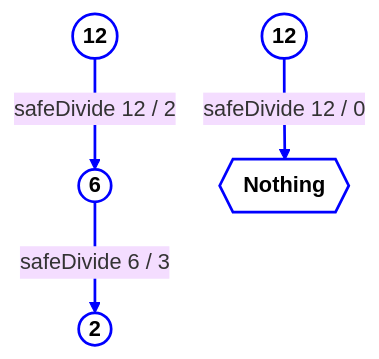
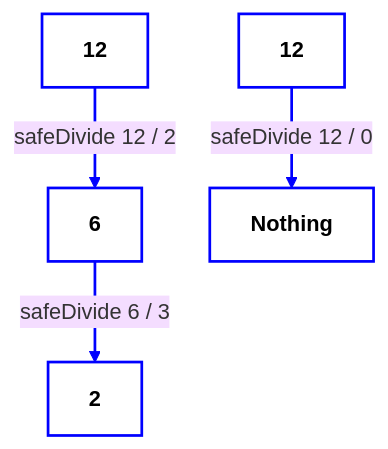
One commit to antomon/antomon.github.io changed the fourth of 10 diagrams in posts/category-theory-functional-programming/index.qmd. Above: the diagram before and after it, drawn with Mermaid (base theme). The commit also changed other lines of this file and 6 other files, not shown here.

````diff
--- a/posts/category-theory-functional-programming/index.qmd
+++ b/posts/category-theory-functional-programming/index.qmd
@@ -210,12 +210,12 @@
 ```{mermaid}
-%%| fig-cap: "This diagram illustrates monadic chaining with `safeDivide`, where two divisions are chained together using the `>>=` operator. When the computation is valid, it continues; otherwise, it returns `Nothing`"
 %%| fig-align: center
+%%| fig-cap: "This diagram illustrates monadic chaining with `safeDivide`, where two divisions are chained together using the `>>=` operator. When the computation is valid, it continues; otherwise, it returns `Nothing` "
 
 graph TD
   classDef default fill:#ffffff,stroke:#0000ff,stroke-width:2px,color:#000000,font-weight:bold
   linkStyle default stroke:#0000ff,stroke-width:2px,fill:none
 
-  A((12)) -->|"safeDivide 12 / 2"| B((6))
-  B -->|"safeDivide 6 / 3"| C((2))
-  D((12)) -->|"safeDivide 12 / 0"| E{{"Nothing"}}
+  A["12"] -->|"safeDivide 12 / 2"| B["6"]
+  B -->|"safeDivide 6 / 3"| C["2"]
+  D["12"] -->|"safeDivide 12 / 0"| E["Nothing"]
 ```
````
